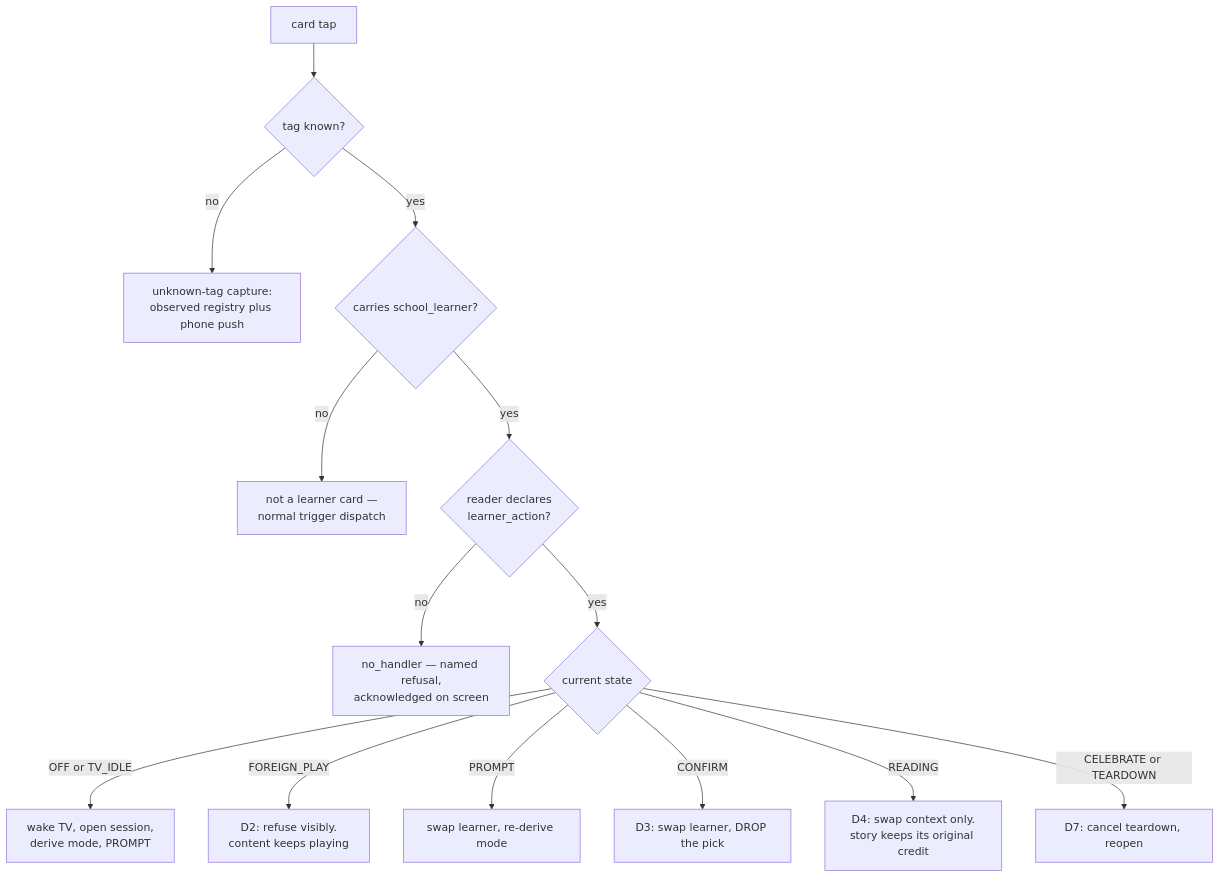
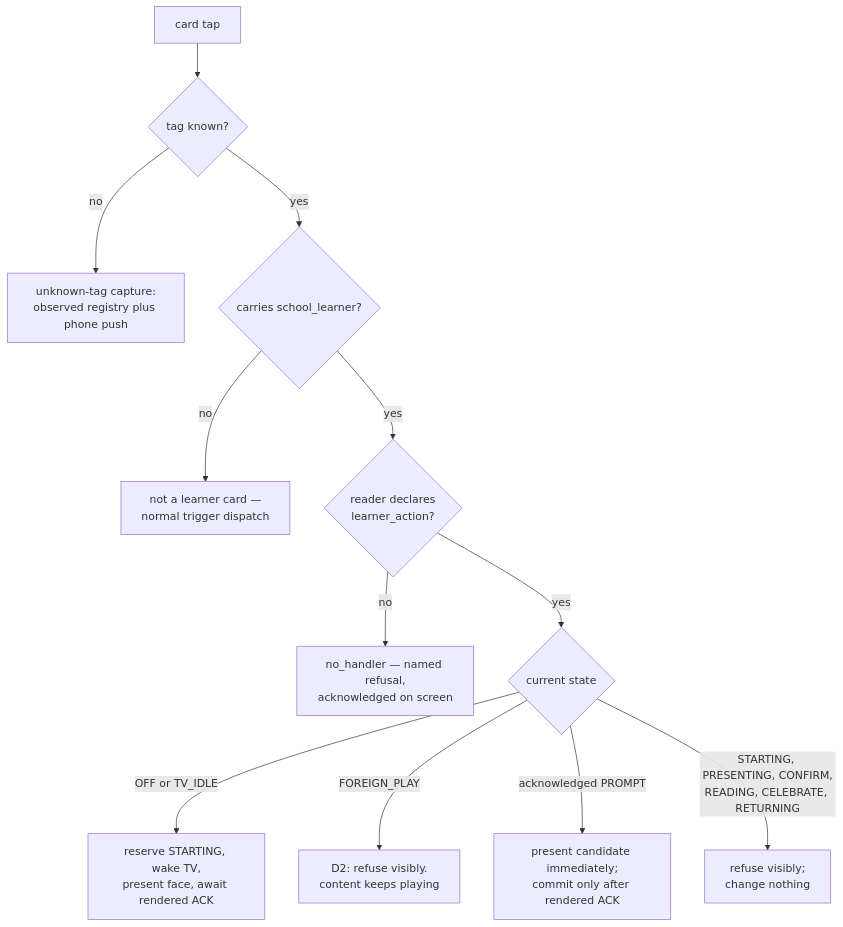
The third of 6 diagrams in docs/reference/school/reading-sessions.md (kckern/DaylightStation), drawn with Mermaid before and after one commit. The commit also changed other lines of this file and 86 other files, not shown here.

````diff
--- a/docs/reference/school/reading-sessions.md
+++ b/docs/reference/school/reading-sessions.md
@@ -212,16 +220,14 @@
 ```mermaid
 flowchart TD
     A[card tap] --> B{tag known?}
     B -->|no| B1[unknown-tag capture:<br/>observed registry plus phone push]
     B -->|yes| C{carries school_learner?}
     C -->|no| C1[not a learner card —<br/>normal trigger dispatch]
     C -->|yes| D{reader declares<br/>learner_action?}
     D -->|no| D1[no_handler — named refusal,<br/>acknowledged on screen]
     D -->|yes| E{current state}
-    E -->|OFF or TV_IDLE| F[wake TV, open session,<br/>derive mode, PROMPT]
+    E -->|OFF or TV_IDLE| F[reserve STARTING, wake TV,<br/>present face, await rendered ACK]
     E -->|FOREIGN_PLAY| G[D2: refuse visibly.<br/>content keeps playing]
-    E -->|PROMPT| H[swap learner, re-derive mode]
-    E -->|CONFIRM| I[D3: swap learner, DROP the pick]
-    E -->|READING| J[D4: swap context only.<br/>story keeps its original credit]
-    E -->|CELEBRATE or TEARDOWN| K[D7: cancel teardown, reopen]
+    E -->|acknowledged PROMPT| H[present candidate immediately;<br/>commit only after rendered ACK]
+    E -->|STARTING, PRESENTING, CONFIRM,<br/>READING, CELEBRATE, RETURNING| I[refuse visibly;<br/>change nothing]
 ```
````
